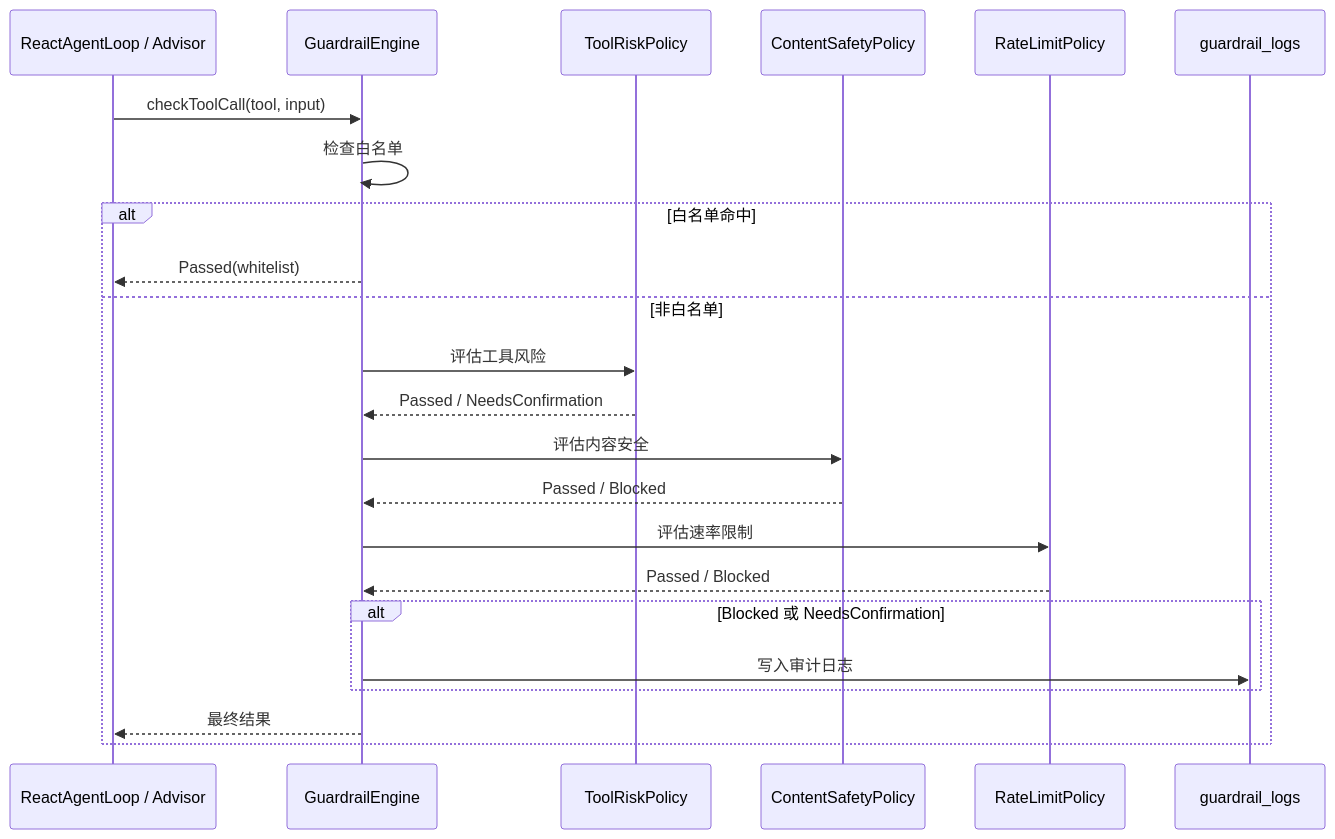
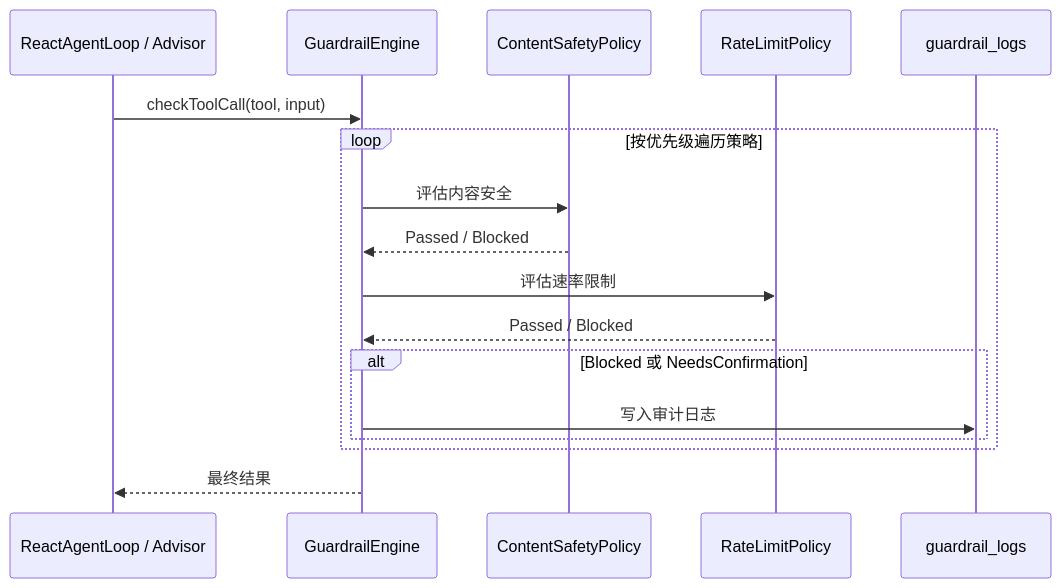
Before and after one commit to ntygod/LifePilot: the third of 3 diagrams in docs/architecture/observability.md, drawn with Mermaid. The commit also changed other lines of this file and 4 other files, not shown here.

````diff
--- a/docs/architecture/observability.md
+++ b/docs/architecture/observability.md
@@ -179,26 +178,20 @@
 ```mermaid
 sequenceDiagram
     participant Caller as ReactAgentLoop / Advisor
     participant GE as GuardrailEngine
-    participant P1 as ToolRiskPolicy
-    participant P2 as ContentSafetyPolicy
-    participant P3 as RateLimitPolicy
+    participant P1 as ContentSafetyPolicy
+    participant P2 as RateLimitPolicy
     participant DB as guardrail_logs
 
     Caller->>GE: checkToolCall(tool, input)
-    GE->>GE: 检查白名单
-    alt 白名单命中
-        GE-->>Caller: Passed(whitelist)
-    else 非白名单
-        GE->>P1: 评估工具风险
-        P1-->>GE: Passed / NeedsConfirmation
-        GE->>P2: 评估内容安全
+    loop 按优先级遍历策略
+        GE->>P1: 评估内容安全
+        P1-->>GE: Passed / Blocked
+        GE->>P2: 评估速率限制
         P2-->>GE: Passed / Blocked
-        GE->>P3: 评估速率限制
-        P3-->>GE: Passed / Blocked
         alt Blocked 或 NeedsConfirmation
             GE->>DB: 写入审计日志
         end
-        GE-->>Caller: 最终结果
     end
+    GE-->>Caller: 最终结果
 ```
````
